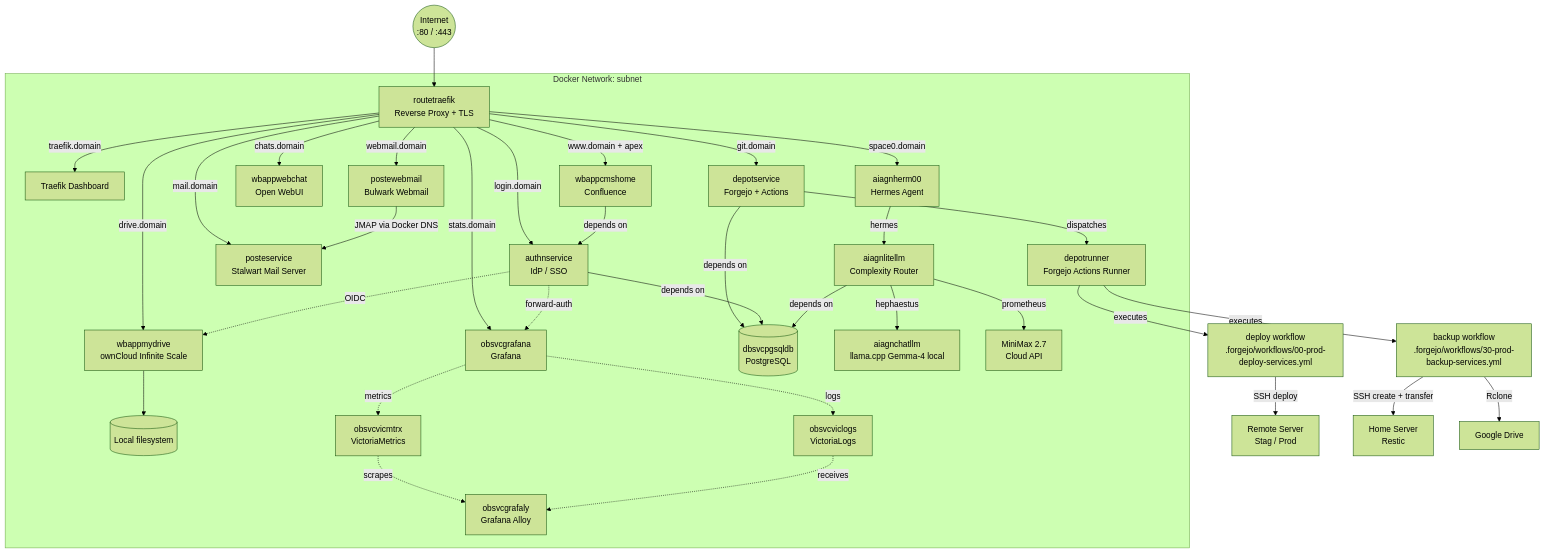
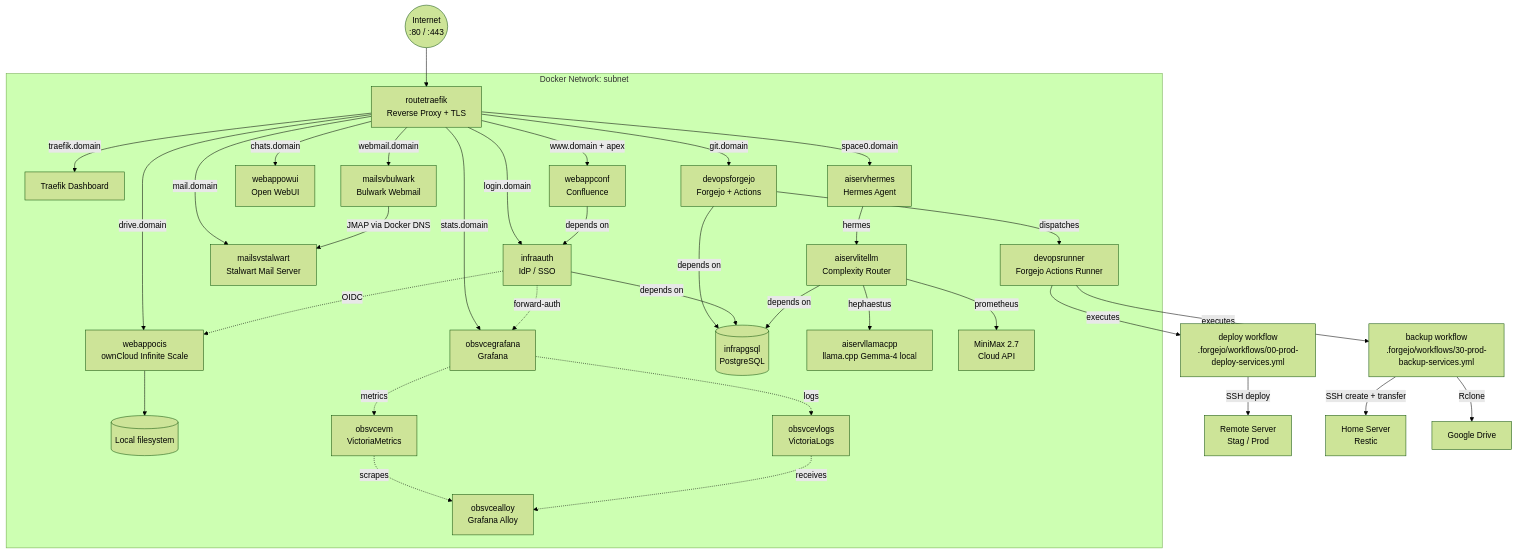
The first of 2 diagrams in README.md (yongxinL/servicehub), drawn with Mermaid (forest theme) before and after one commit. The commit also changed other lines of this file and 52 other files, not shown here.

````diff
--- a/README.md
+++ b/README.md
@@ -60,41 +60,41 @@
 ```mermaid
 graph TD
     Internet((Internet\n:80 / :443))
     Internet --> Traefik
 
     subgraph subnet[Docker Network: subnet]
         Traefik[routetraefik\nReverse Proxy + TLS]
         Traefik -->|traefik.domain| Dashboard[Traefik Dashboard]
-        Traefik -->|login.domain| Authentik[authnservice\nIdP / SSO]
-        Traefik -->|git.domain| Forgejo[depotservice\nForgejo + Actions]
-        Traefik -->|www.domain + apex| Confluence[wbappcmshome\nConfluence]
-        Traefik -->|chats.domain| OpenWebUI[wbappwebchat\nOpen WebUI]
-        Traefik -->|drive.domain| Cloud[wbappmydrive\nownCloud Infinite Scale]
-        Traefik -->|space0.domain| Hermes[aiagnherm00\nHermes Agent]
-        Traefik -->|stats.domain| Grafana[obsvcgrafana\nGrafana]
-        Traefik -->|mail.domain| Stalwart[posteservice\nStalwart Mail Server]
-        Traefik -->|webmail.domain| Bulwark[postewebmail\nBulwark Webmail]
+        Traefik -->|login.domain| Authentik[infraauth\nIdP / SSO]
+        Traefik -->|git.domain| Forgejo[devopsforgejo\nForgejo + Actions]
+        Traefik -->|www.domain + apex| Confluence[webappconf\nConfluence]
+        Traefik -->|chats.domain| OpenWebUI[webappowui\nOpen WebUI]
+        Traefik -->|drive.domain| Cloud[webappocis\nownCloud Infinite Scale]
+        Traefik -->|space0.domain| Hermes[aiservhermes\nHermes Agent]
+        Traefik -->|stats.domain| Grafana[obsvcegrafana\nGrafana]
+        Traefik -->|mail.domain| Stalwart[mailsvstalwart\nStalwart Mail Server]
+        Traefik -->|webmail.domain| Bulwark[mailsvbulwark\nBulwark Webmail]
         Bulwark -->|JMAP via Docker DNS| Stalwart
         Authentik -.->|forward-auth| Grafana
         Authentik -.->|OIDC| Cloud
         Cloud --> CloudData[(Local filesystem)]
-        Forgejo -->|depends on| PostgreSQL[(dbsvcpgsqldb\nPostgreSQL)]
+        Forgejo -->|depends on| PostgreSQL[(infrapgsql\nPostgreSQL)]
         Authentik -->|depends on| PostgreSQL
         Confluence -->|depends on| Authentik
-        Forgejo -->|dispatches| Runner[depotrunner\nForgejo Actions Runner]
-        Hermes -->|hermes| LiteLLM[aiagnlitellm\nComplexity Router]
+        Forgejo -->|dispatches| Runner[devopsrunner\nForgejo Actions Runner]
+        Hermes -->|hermes| LiteLLM[aiservlitellm\nComplexity Router]
         LiteLLM -->|depends on| PostgreSQL
-        LiteLLM -->|hephaestus| Gemma[aiagnchatllm\nllama.cpp Gemma-4 local]
+        LiteLLM -->|hephaestus| Gemma[aiservllamacpp\nllama.cpp Gemma-4 local]
         LiteLLM -->|prometheus| MiniMax[MiniMax 2.7\nCloud API]
-        Grafana -.->|metrics| VM[obsvcvicmtrx\nVictoriaMetrics]
-        Grafana -.->|logs| VL[obsvcviclogs\nVictoriaLogs]
-        VM -.->|scrapes| Alloy[obsvcgrafaly\nGrafana Alloy]
+        Grafana -.->|metrics| VM[obsvcevm\nVictoriaMetrics]
+        Grafana -.->|logs| VL[obsvcevlogs\nVictoriaLogs]
+        VM -.->|scrapes| Alloy[obsvcealloy\nGrafana Alloy]
         VL -.->|receives| Alloy
     end
 
     Runner -->|executes| WPDeploy[deploy workflow\n.forgejo/workflows/00-prod-deploy-services.yml]
     Runner -->|executes| BackupFlow[backup workflow\n.forgejo/workflows/30-prod-backup-services.yml]
     WPDeploy -->|SSH deploy| RemoteServer[Remote Server\nStag / Prod]
     BackupFlow -->|SSH create + transfer| Home[Home Server\nRestic]
     BackupFlow -->|Rclone| Drive[Google Drive]
 ```
````
